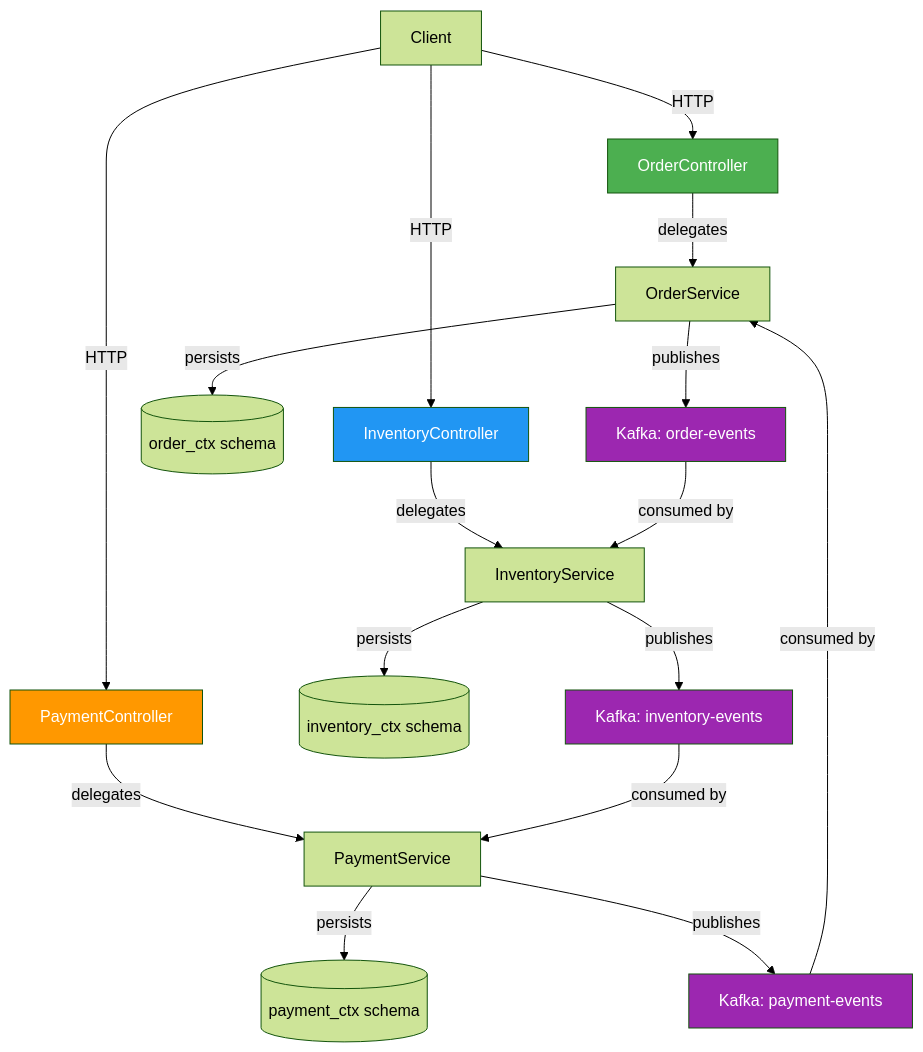
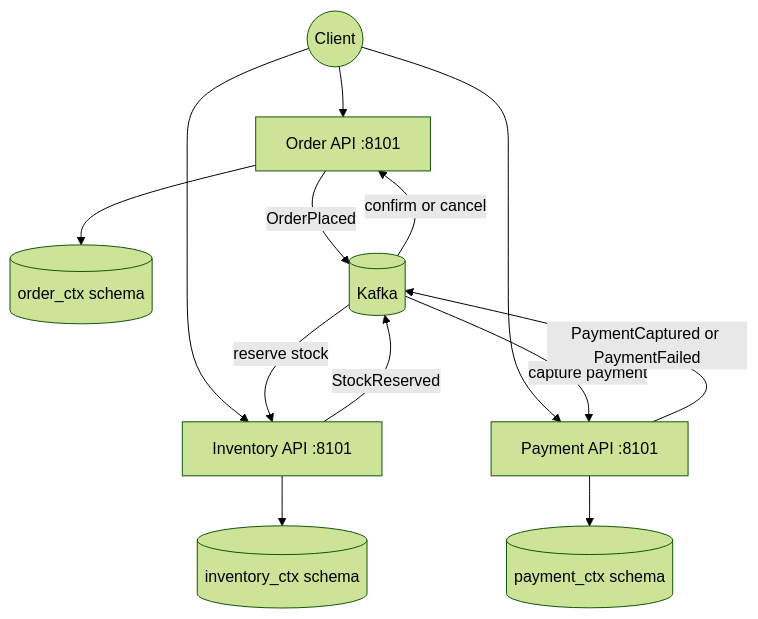
Before and after one commit to tungnath/micarch: the first of 2 diagrams in 01-decomposition/01a-domain-driven-decomposition/README.md, drawn with Mermaid (forest theme). The commit also changed other lines of this file and 21 other files, not shown here.

````diff
--- a/01-decomposition/01a-domain-driven-decomposition/README.md
+++ b/01-decomposition/01a-domain-driven-decomposition/README.md
@@ -10,29 +13,15 @@
 ```mermaid
 graph TD
-    Client -->|HTTP| OrderController
-    Client -->|HTTP| InventoryController
-    Client -->|HTTP| PaymentController
-
-    OrderController -->|delegates| OrderService
-    OrderService -->|persists| OrderRepo[(order_ctx schema)]
-    OrderService -->|publishes| KO[Kafka: order-events]
-
-    InventoryController -->|delegates| InventoryService
-    InventoryService -->|persists| InvRepo[(inventory_ctx schema)]
-    InventoryService -->|publishes| KI[Kafka: inventory-events]
-
-    PaymentController -->|delegates| PaymentService
-    PaymentService -->|persists| PayRepo[(payment_ctx schema)]
-    PaymentService -->|publishes| KP[Kafka: payment-events]
-
-    KO -->|consumed by| InventoryService
-    KI -->|consumed by| PaymentService
-    KP -->|consumed by| OrderService
-
-    style OrderController fill:#4CAF50,color:#fff
-    style InventoryController fill:#2196F3,color:#fff
-    style PaymentController fill:#FF9800,color:#fff
-    style KO fill:#9C27B0,color:#fff
-    style KI fill:#9C27B0,color:#fff
-    style KP fill:#9C27B0,color:#fff
+    Client((Client)) --> Order[Order API :8101]
+    Client --> Inventory[Inventory API :8101]
+    Client --> Payment[Payment API :8101]
+    Order --> OrderDB[(order_ctx schema)]
+    Inventory --> InventoryDB[(inventory_ctx schema)]
+    Payment --> PaymentDB[(payment_ctx schema)]
+    Order -->|OrderPlaced| Kafka[(Kafka)]
+    Kafka -->|reserve stock| Inventory
+    Inventory -->|StockReserved| Kafka
+    Kafka -->|capture payment| Payment
+    Payment -->|PaymentCaptured or PaymentFailed| Kafka
+    Kafka -->|confirm or cancel| Order
 ```
````
